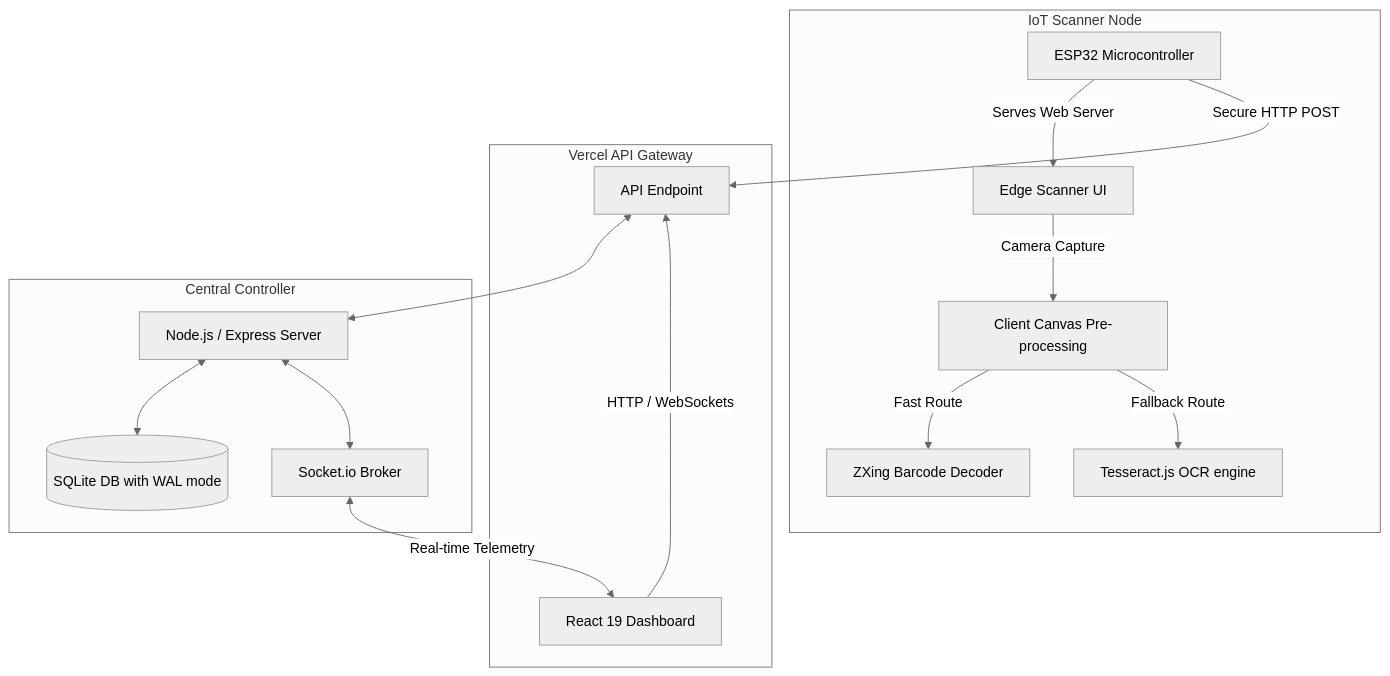
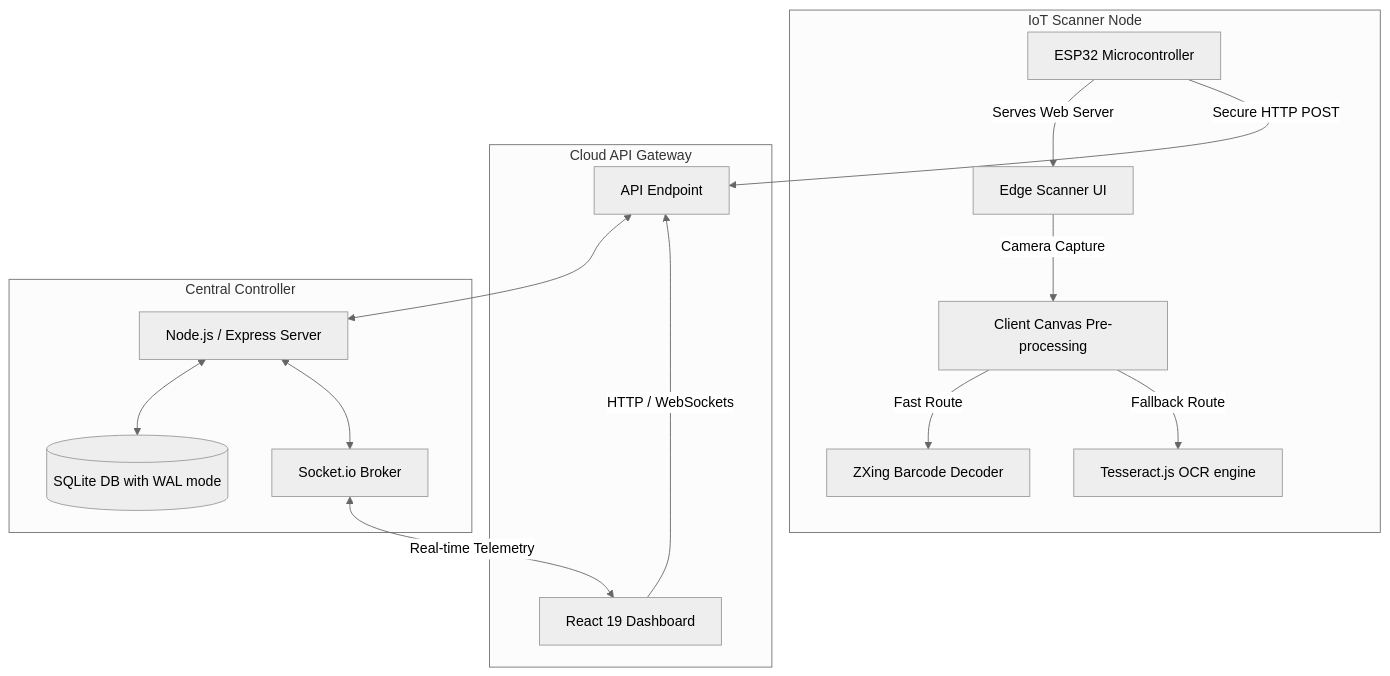
The diagram in README.md (Abdellahelb/Renault-Smart-Parking), drawn with Mermaid (neutral theme) before and after one commit. The commit also changed other lines of this file and 9 other files, not shown here.

Commit message:
chore: remove all Vercel references and domains from diagrams, code, and comments

````diff
--- a/README.md
+++ b/README.md
@@ -33,21 +33,21 @@
 ```mermaid
 graph TD
     subgraph Edge Hardware [IoT Scanner Node]
         ESP32[ESP32 Microcontroller] -->|Serves Web Server| ESP_Web[Edge Scanner UI]
         ESP_Web -->|Camera Capture| PreProcess[Client Canvas Pre-processing]
         PreProcess -->|Fast Route| ZXing[ZXing Barcode Decoder]
         PreProcess -->|Fallback Route| Tesseract[Tesseract.js OCR engine]
     end
 
-    subgraph Cloud Infrastructure [Vercel API Gateway]
-        ESP32 -->|Secure HTTP POST| Vercel[API Endpoint]
-        Web_App[React 19 Dashboard] -->|HTTP / WebSockets| Vercel
+    subgraph Cloud Infrastructure [Cloud API Gateway]
+        ESP32 -->|Secure HTTP POST| Gateway[API Endpoint]
+        Web_App[React 19 Dashboard] -->|HTTP / WebSockets| Gateway
     end
 
     subgraph On-Premises Backend [Central Controller]
-        Vercel <--> Express[Node.js / Express Server]
+        Gateway <--> Express[Node.js / Express Server]
         Express <--> SQLite[(SQLite DB with WAL mode)]
         Express <--> SocketIO[Socket.io Broker]
         SocketIO <-->|Real-time Telemetry| Web_App
     end
 ```
````
